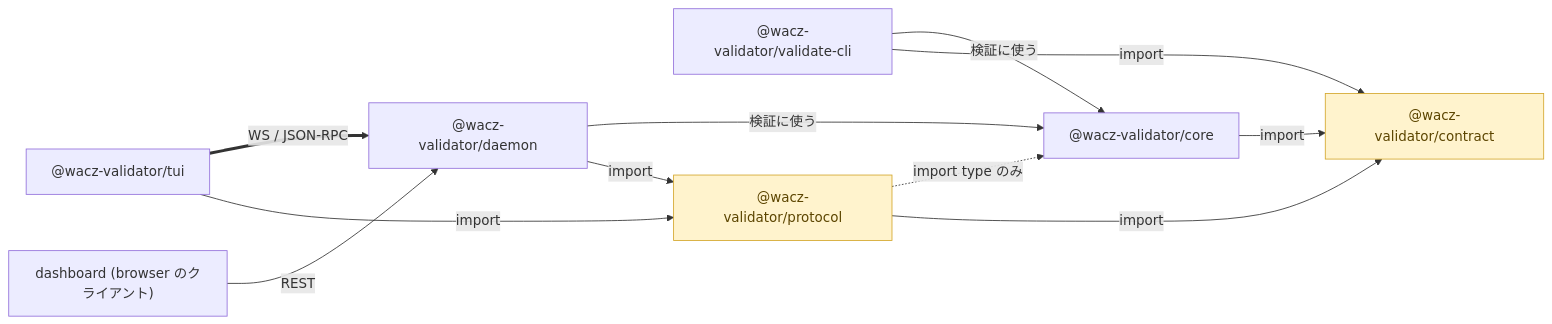
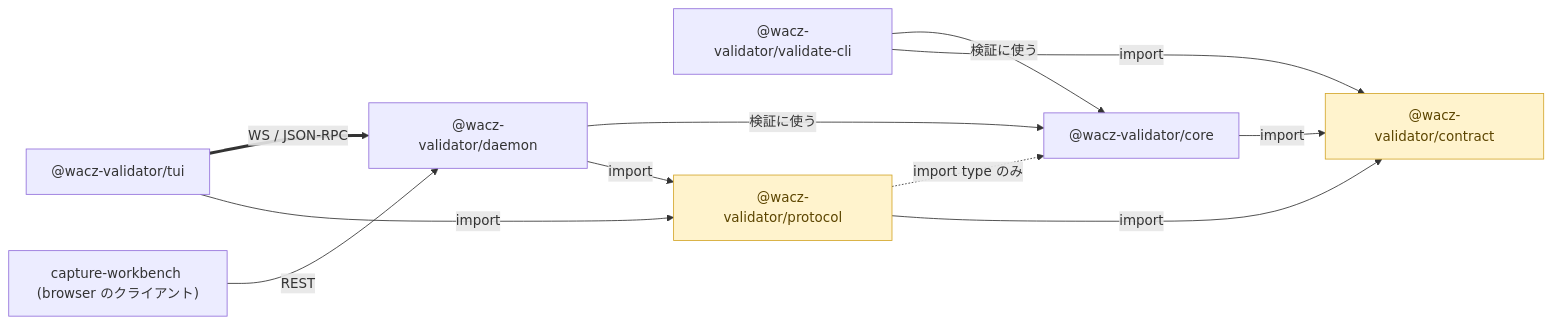
One commit to uraitakahito/wacz-validator changed the diagram in docs-site/src/content/docs/ja/architecture.md. Above: the diagram before and after it, drawn with Mermaid. The commit also changed other lines of this file and 5 other files, not shown here.

First line of the commit message:
chore: Web アプリの呼び名を capture-workbench に替える (#287)

````diff
--- a/docs-site/src/content/docs/ja/architecture.md
+++ b/docs-site/src/content/docs/ja/architecture.md
@@ -27,16 +27,16 @@
 ```mermaid
 flowchart LR
     tui["@wacz-validator/tui"] ==>|"WS / JSON-RPC"| daemon["@wacz-validator/daemon"]
-    browser["dashboard (browser のクライアント)"] -->|"REST"| daemon
+    browser["capture-workbench (browser のクライアント)"] -->|"REST"| daemon
     cli["@wacz-validator/validate-cli"] -->|"検証に使う"| core["@wacz-validator/core"]
     daemon -->|"検証に使う"| core
     tui -->|import| protocol["@wacz-validator/protocol"]
     daemon -->|import| protocol
     protocol -.->|"import type のみ"| core
     core -->|import| shared["@wacz-validator/contract"]
     protocol -->|import| shared
     cli -->|import| shared
 
     classDef shared fill:#fff3cd,stroke:#d4a72c,color:#5c4500;
     class shared,protocol shared;
 ```
````
